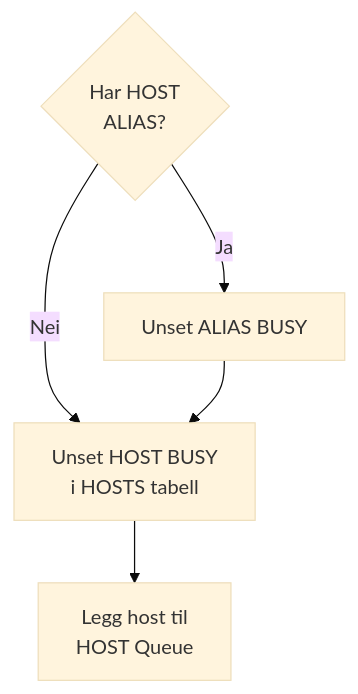
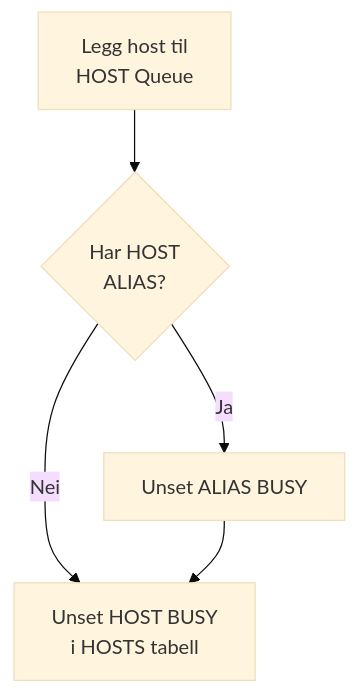
The second of 2 diagrams in docs/host_reservation_service.md (nlnwa/veidemann-frontier), drawn with Mermaid (base theme) before and after one commit. The commit also changed other lines of this file, not shown here.

````diff
--- a/docs/host_reservation_service.md
+++ b/docs/host_reservation_service.md
@@ -126,11 +115,12 @@
 ```mermaid
 flowchart TD
    classDef in fill:#5d7;
    classDef out fill:#ff5;
    classDef proc fill:#efa;
 
-   s1{Har HOST\n ALIAS?}
-   s1 -->|Nei| s2[Unset HOST BUSY\n i HOSTS tabell]
-   s1 -->|Ja| s3[Unset ALIAS BUSY] --> s2
-   s2 --> s4[Legg host til\n HOST Queue]
+    s5[Legg host til\n HOST Queue] --> s2
+    s2{Har HOST\n ALIAS?}
+    s2 -->|Nei| s3[Unset HOST BUSY\n i HOSTS tabell]
+    s2 -->|Ja| s4[Unset ALIAS BUSY] --> s3
+
 ```
````
